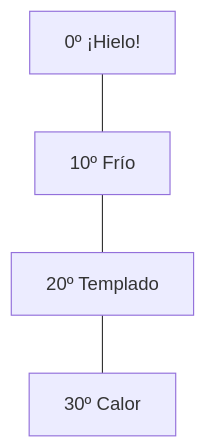
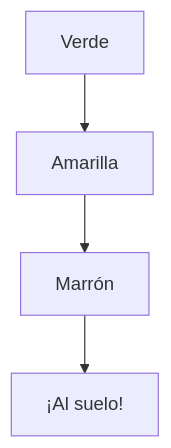
The diagram in docs/2pri/ut02-el-otono-en-extremadura/tutorial.md (aalvarezg06/Ense-anzaONLINE), drawn with Mermaid before and after one commit. The commit also changed other lines of this file and 17 other files, not shown here.

````diff
--- a/docs/2pri/ut02-el-otono-en-extremadura/tutorial.md
+++ b/docs/2pri/ut02-el-otono-en-extremadura/tutorial.md
@@ -38,6 +47,6 @@
 ```mermaid
-graph BT
-    A[30º Calor] --- B[20º Templado]
-    B --- C[10º Frío]
-    C --- D[0º ¡Hielo!]
+graph TD
+    A[Verde] --> B[Amarilla]
+    B --> C[Marrón]
+    C --> D[¡Al suelo!]
 ```
````
